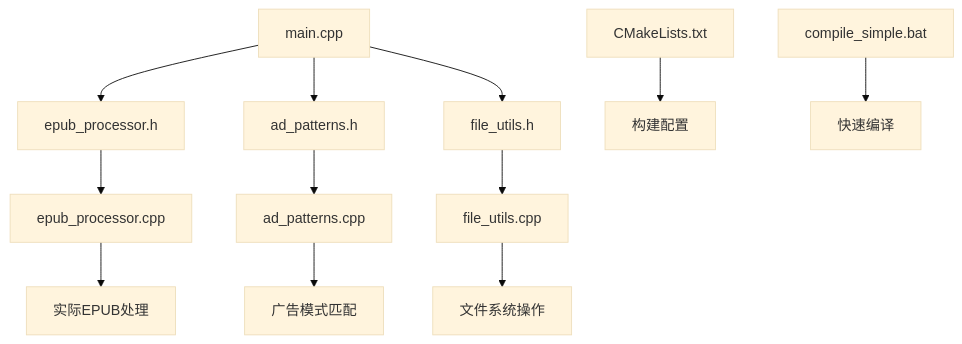
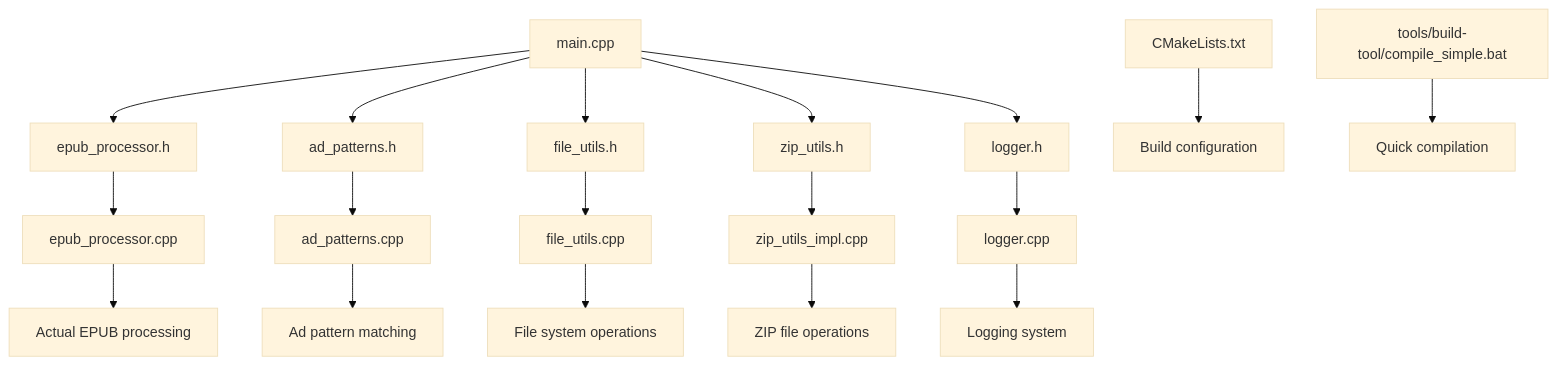
Before and after one commit to hoewllo/Avoid-ad-read: the diagram in docs/INDEX.md, drawn with Mermaid (base theme). The commit also changed other lines of this file and 18 other files, not shown here.

````diff
--- a/docs/INDEX.md
+++ b/docs/INDEX.md
@@ -66,17 +109,23 @@
 ```mermaid
 graph TD
     A[main.cpp] --> B[epub_processor.h]
     A --> C[ad_patterns.h]
     A --> D[file_utils.h]
+    A --> E[zip_utils.h]
+    A --> F[logger.h]
     
-    B --> E[epub_processor.cpp]
-    C --> F[ad_patterns.cpp]
-    D --> G[file_utils.cpp]
+    B --> G[epub_processor.cpp]
+    C --> H[ad_patterns.cpp]
+    D --> I[file_utils.cpp]
+    E --> J[zip_utils_impl.cpp]
+    F --> K[logger.cpp]
     
-    E --> H[实际EPUB处理]
-    F --> I[广告模式匹配]
-    G --> J[文件系统操作]
+    G --> L[Actual EPUB processing]
+    H --> M[Ad pattern matching]
+    I --> N[File system operations]
+    J --> O[ZIP file operations]
+    K --> P[Logging system]
     
-    K[CMakeLists.txt] --> L[构建配置]
-    M[compile_simple.bat] --> N[快速编译]
+    Q[CMakeLists.txt] --> R[Build configuration]
+    S[tools/build-tool/compile_simple.bat] --> T[Quick compilation]
 ```
````
